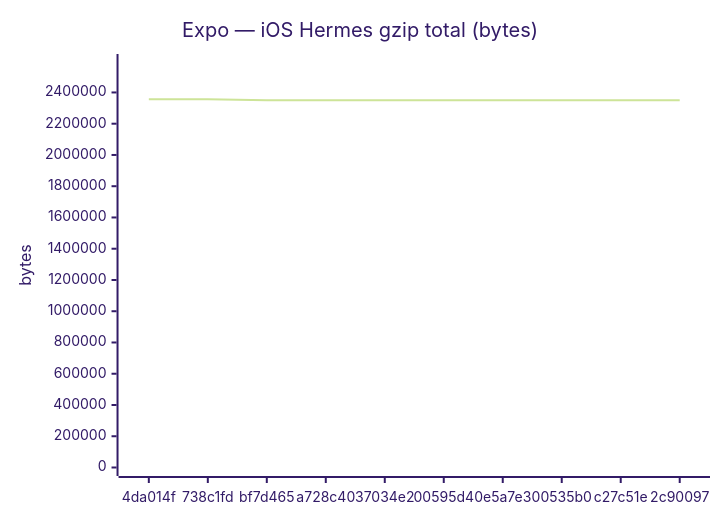
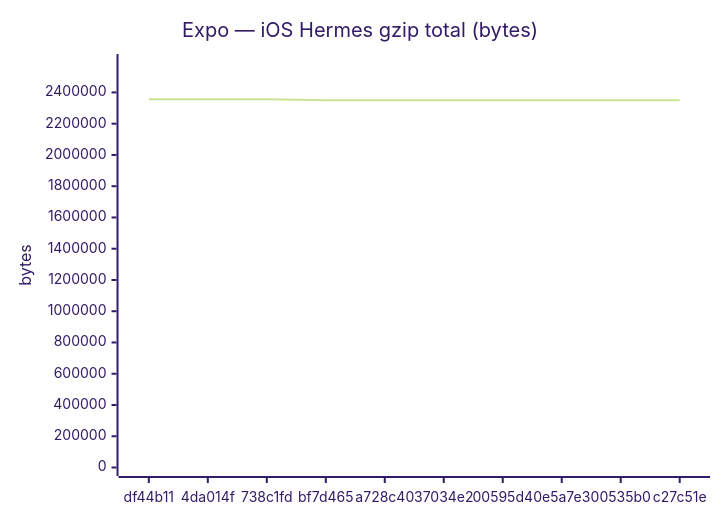
Before and after one commit to Metaheurist/Rianell: the eighth of 24 diagrams in benchmarks/compare.md, drawn with Mermaid (forest theme). The commit also changed other lines of this file and 12 other files, not shown here.

````diff
--- a/benchmarks/compare.md
+++ b/benchmarks/compare.md
@@ -123,7 +123,7 @@
 ```mermaid
 xychart-beta
     title "Expo — iOS Hermes gzip total (bytes)"
-    x-axis ["4da014f", "738c1fd", "bf7d465", "a728c40", "37034e2", "00595d4", "0e5a7e3", "00535b0", "c27c51e", "2c90097"]
+    x-axis ["df44b11", "4da014f", "738c1fd", "bf7d465", "a728c40", "37034e2", "00595d4", "0e5a7e3", "00535b0", "c27c51e"]
     y-axis "bytes" 0 --> 2591666
-    line [2356060, 2356059, 2350178, 2350175, 2350043, 2350046, 2350041, 2349868, 2349864, 2349868]
+    line [2356058, 2356060, 2356059, 2350178, 2350175, 2350043, 2350046, 2350041, 2349868, 2349864]
 ```
````
